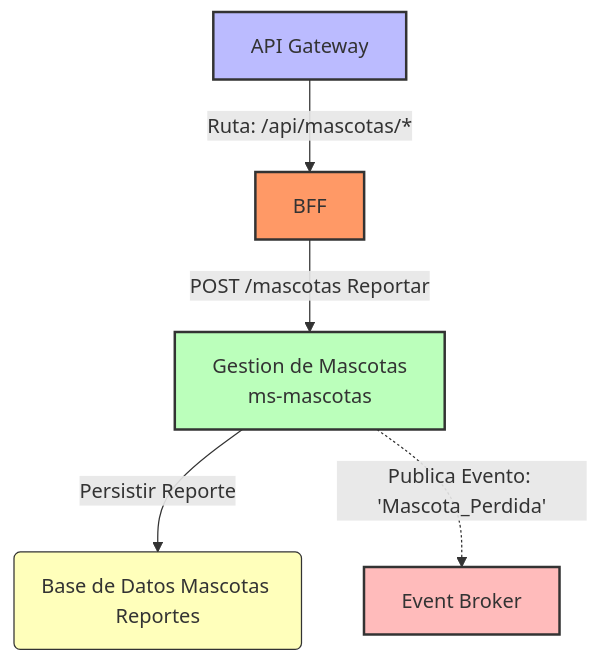
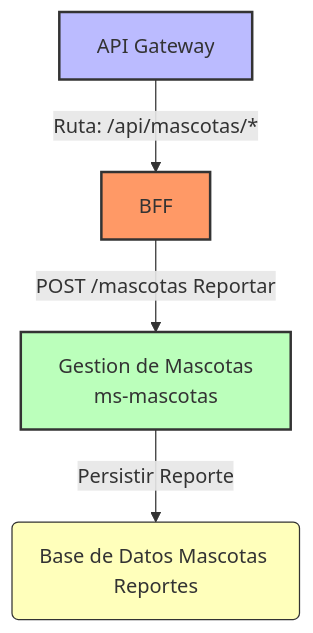
One commit to felipesalazar24/proyecto_sanos_y_salvos changed the diagram in docs/diagrama-ms-mascotas.md. Above: the diagram before and after it, drawn with Mermaid.

Commit message:
Eliminar detalles de comunicación asíncrona

````diff
--- a/docs/diagrama-ms-mascotas.md
+++ b/docs/diagrama-ms-mascotas.md
@@ -1,18 +1,15 @@
 ```mermaid
 graph TD
     classDef gateway fill:#bbf,stroke:#333,stroke-width:2px;
     classDef bff fill:#f96,stroke:#333,stroke-width:2px;
     classDef ms fill:#bfb,stroke:#333,stroke-width:2px;
     classDef db fill:#ffb,stroke:#333,stroke-width:1px;
     classDef broker fill:#fbb,stroke:#333,stroke-width:2px;
 
     Gateway["API Gateway"]:::gateway -->|Ruta: /api/mascotas/*| BFF["BFF"]:::bff
     
     %% Flujo Interno
     BFF -->|POST /mascotas Reportar| MS_Mascotas["Gestion de Mascotas
     ms-mascotas"]:::ms
     MS_Mascotas -->|Persistir Reporte| DB_Mascotas("Base de Datos Mascotas Reportes"):::db
-    
-    %% Comunicación Asíncrona (Opcional pero recomendado para nota alta)
-    MS_Mascotas -.->|Publica Evento: 'Mascota_Perdida'| Broker["Event Broker"]:::broker
 ```
````
